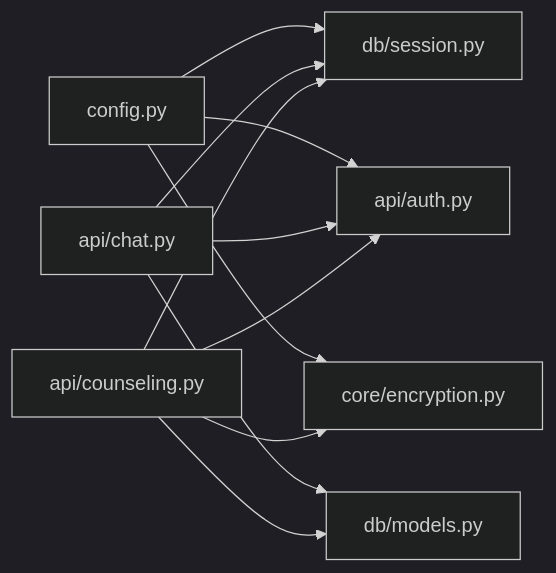
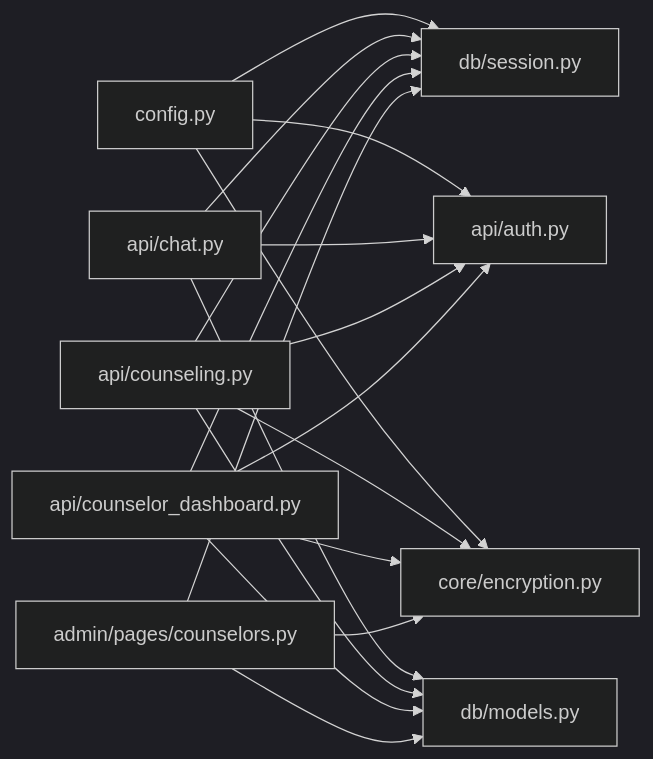
One commit to peace-lab-global/hush.ai changed the fifth of 5 diagrams in .qoder/repowiki/zh/content/安全与防护/数据安全与加密.md. Above: the diagram before and after it, drawn with Mermaid (dark theme). The commit also changed other lines of this file and 92 other files, not shown here.

````diff
--- a/.qoder/repowiki/zh/content/安全与防护/数据安全与加密.md
+++ b/.qoder/repowiki/zh/content/安全与防护/数据安全与加密.md
@@ -269,13 +327,20 @@
 ```mermaid
 graph LR
 cfg["config.py"] --> sess["db/session.py"]
 cfg --> auth["api/auth.py"]
 cfg --> enc["core/encryption.py"]
 chat["api/chat.py"] --> auth
 chat --> sess
 chat --> models["db/models.py"]
 counseling["api/counseling.py"] --> auth
 counseling --> sess
 counseling --> models
 counseling --> enc
+counselor_dash["api/counselor_dashboard.py"] --> auth
+counselor_dash --> sess
+counselor_dash --> models
+counselor_dash --> enc
+admin["admin/pages/counselors.py"] --> enc
+admin --> sess
+admin --> models
 ```
````
